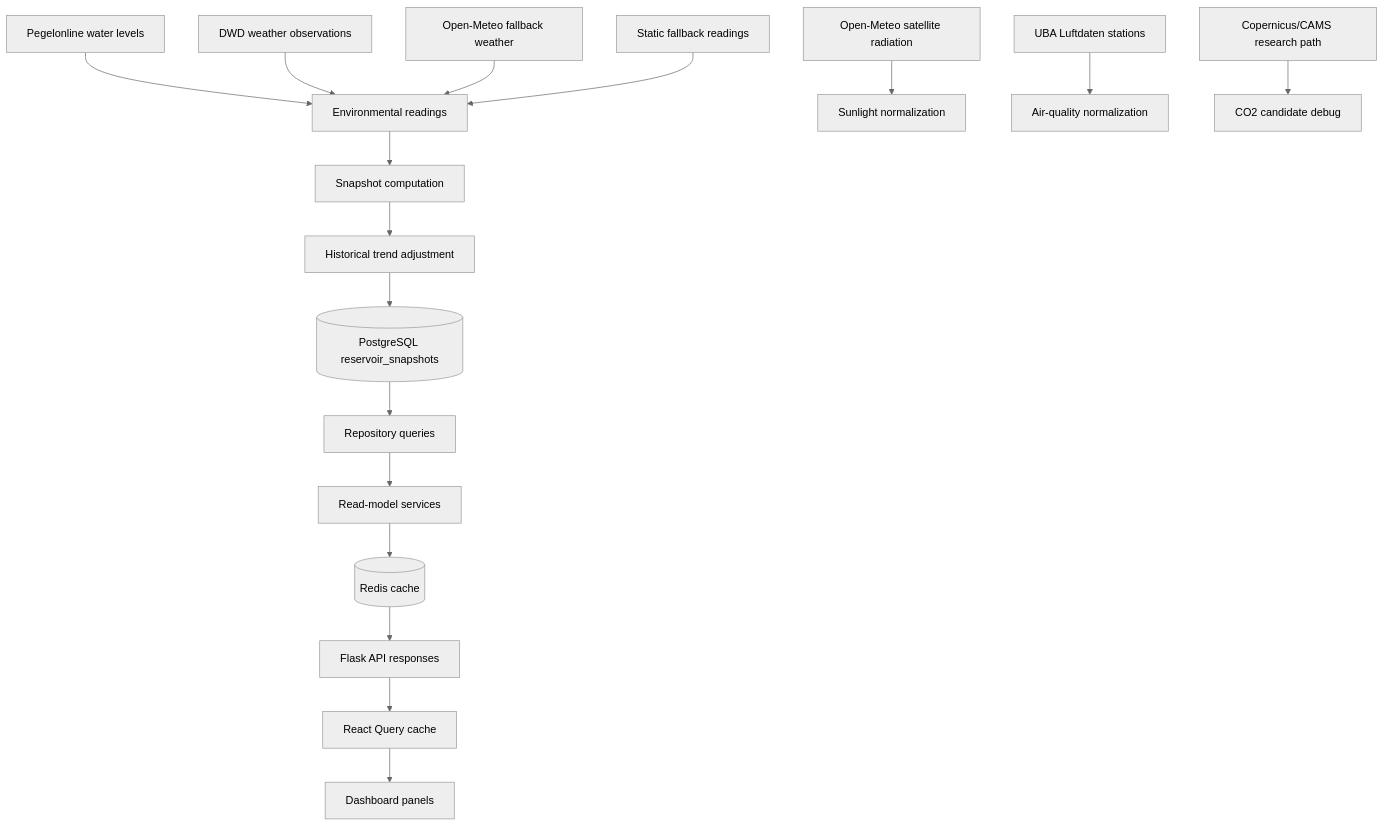
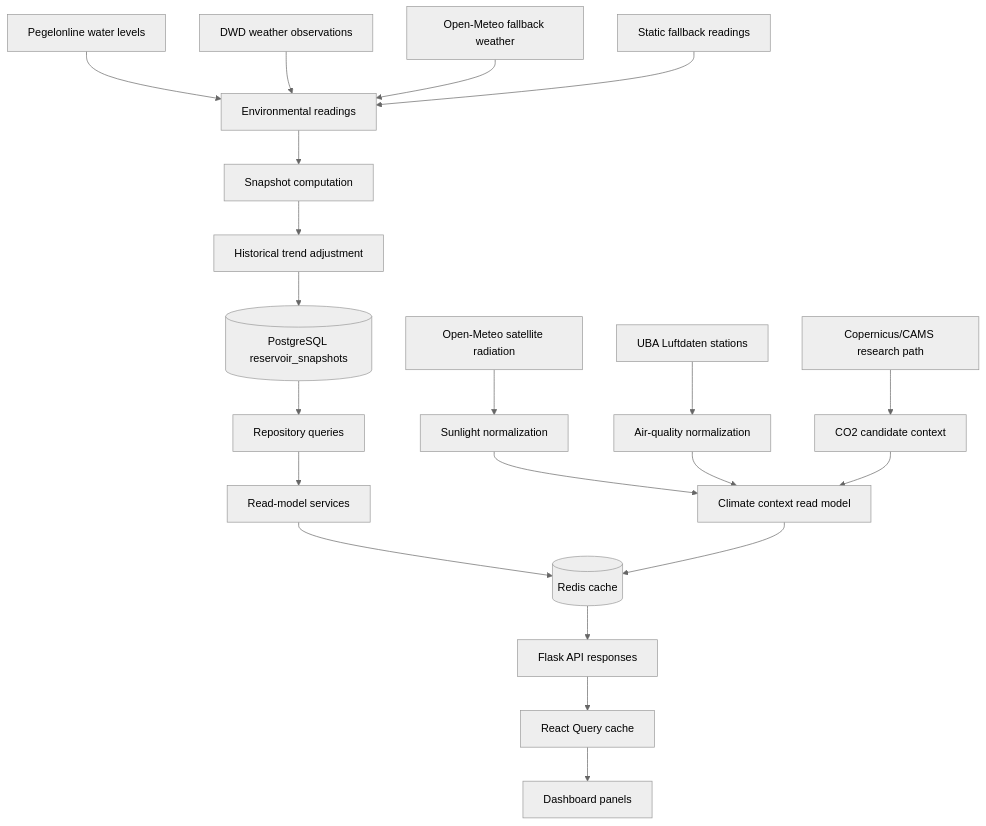
One commit to kabaskill/droplet changed the first of 4 diagrams in docs/dataflow.md. Above: the diagram before and after it, drawn with Mermaid (neutral theme). The commit also changed other lines of this file and 4 other files, not shown here.

````diff
--- a/docs/dataflow.md
+++ b/docs/dataflow.md
@@ -9,19 +9,23 @@
 ```mermaid
 flowchart TD
   A[Pegelonline water levels] --> D[Environmental readings]
   B[DWD weather observations] --> D
   C[Open-Meteo fallback weather] --> D
   S[Open-Meteo satellite radiation] --> SD[Sunlight normalization]
   AQ[UBA Luftdaten stations] --> AD[Air-quality normalization]
-  C2[Copernicus/CAMS research path] --> CD[CO2 candidate debug]
+  C2[Copernicus/CAMS research path] --> CD[CO2 candidate context]
   F[Static fallback readings] --> D
   D --> E[Snapshot computation]
   E --> G[Historical trend adjustment]
   G --> H[(PostgreSQL reservoir_snapshots)]
   H --> I[Repository queries]
   I --> J[Read-model services]
+  SD --> CJ[Climate context read model]
+  AD --> CJ
+  CD --> CJ
   J --> K[(Redis cache)]
+  CJ --> K
   K --> L[Flask API responses]
   L --> M[React Query cache]
   M --> N[Dashboard panels]
 ```
````
